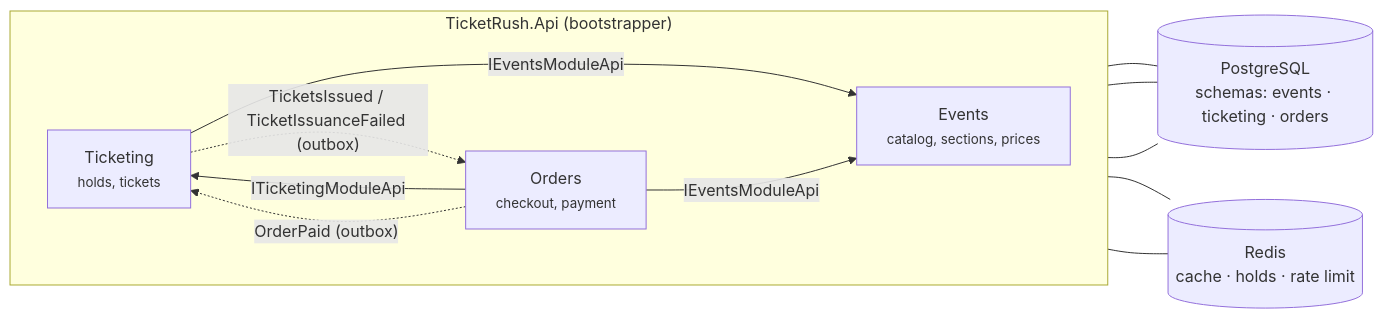
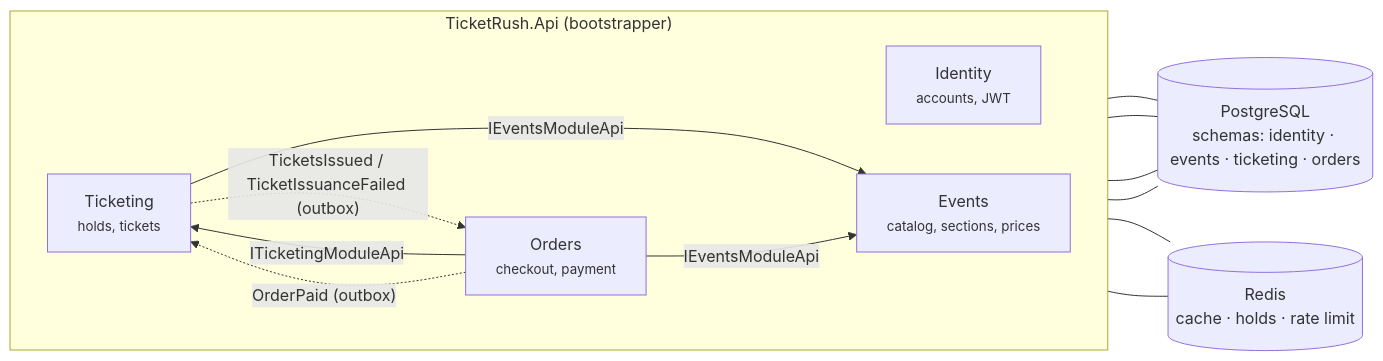
Before and after one commit to lucasGomes01/TicketRush: the first of 2 diagrams in README.md, drawn with Mermaid. The commit also changed other lines of this file and 30 other files, not shown here.

First line of the commit message:
feat(identity): accounts with JWT login; holds and orders belong to the user

````diff
--- a/README.md
+++ b/README.md
@@ -35,21 +35,23 @@
 ```mermaid
 flowchart LR
     subgraph API["TicketRush.Api (bootstrapper)"]
       direction LR
+      I["Identity<br/><small>accounts, JWT</small>"]
       E["Events<br/><small>catalog, sections, prices</small>"]
       T["Ticketing<br/><small>holds, tickets</small>"]
       O["Orders<br/><small>checkout, payment</small>"]
     end
 
     T -- "IEventsModuleApi" --> E
     O -- "IEventsModuleApi" --> E
     O -- "ITicketingModuleApi" --> T
     O -. "OrderPaid (outbox)" .-> T
     T -. "TicketsIssued / TicketIssuanceFailed (outbox)" .-> O
 
-    E --- PG[("PostgreSQL<br/>schemas: events · ticketing · orders")]
+    I --- PG
+    E --- PG[("PostgreSQL<br/>schemas: identity · events · ticketing · orders")]
     T --- PG
     O --- PG
     E --- R[("Redis<br/>cache · holds · rate limit")]
     T --- R
 ```
````
